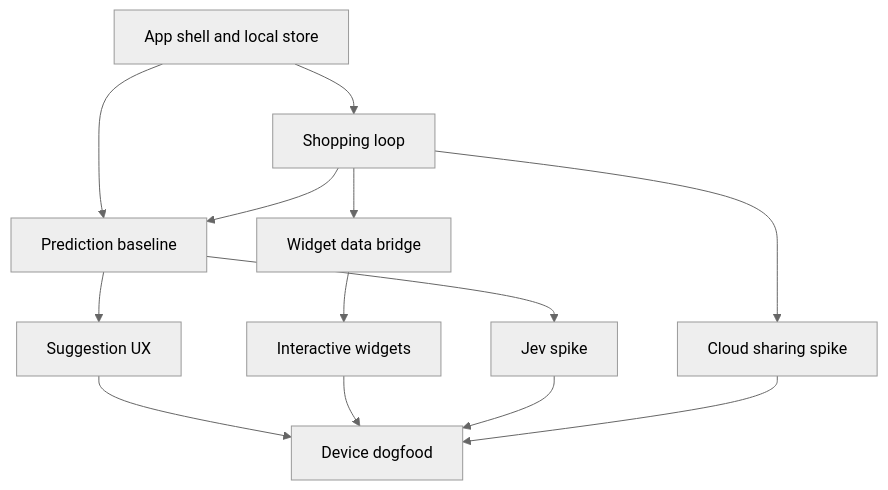
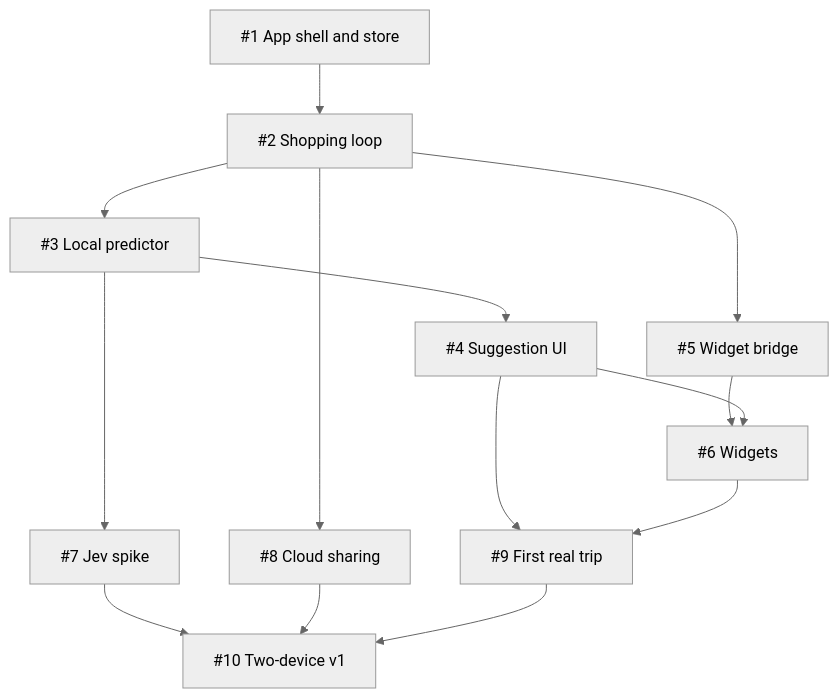
Before and after one commit to Chaimalov/probably-groceries: the diagram in docs/ROADMAP.md, drawn with Mermaid (neutral theme). The commit also changed other lines of this file, not shown here.

Commit message:
docs: link v1 issue DAG

````diff
--- a/docs/ROADMAP.md
+++ b/docs/ROADMAP.md
@@ -5,15 +5,16 @@
 ```mermaid
 flowchart TD
-  A[App shell and local store] --> B[Shopping loop]
-  A --> C[Prediction baseline]
-  B --> C
-  B --> D[Widget data bridge]
-  D --> E[Interactive widgets]
-  C --> F[Jev spike]
-  C --> G[Suggestion UX]
-  B --> H[Cloud sharing spike]
-  G --> I[Device dogfood]
-  E --> I
+  A["#1 App shell and store"] --> B["#2 Shopping loop"]
+  B --> C["#3 Local predictor"]
+  C --> D["#4 Suggestion UI"]
+  B --> E["#5 Widget bridge"]
+  E --> F["#6 Widgets"]
+  D --> F
+  C --> G["#7 Jev spike"]
+  B --> H["#8 Cloud sharing"]
+  D --> I["#9 First real trip"]
   F --> I
-  H --> I
+  G --> J["#10 Two-device v1"]
+  H --> J
+  I --> J
 ```
````
